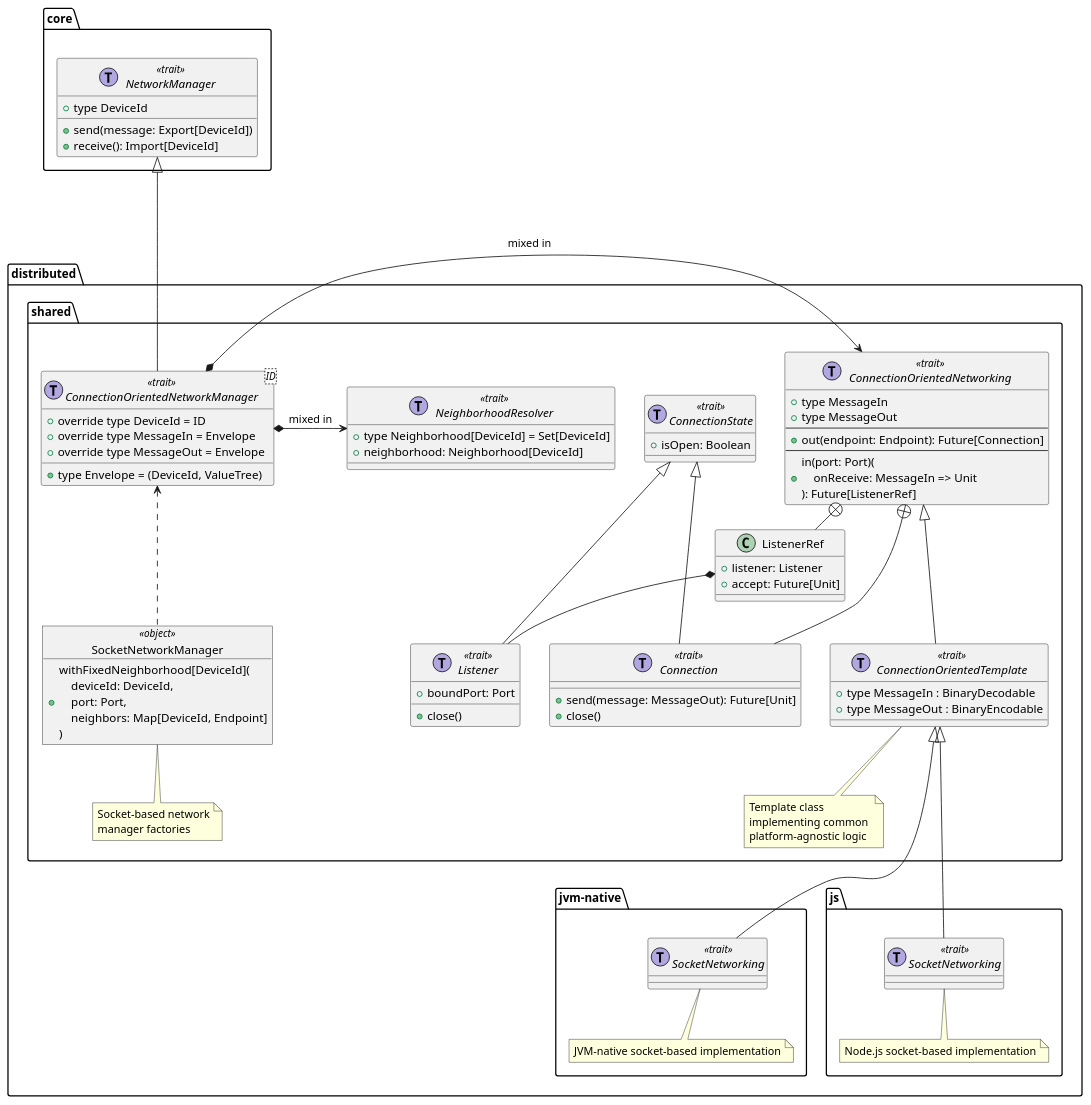
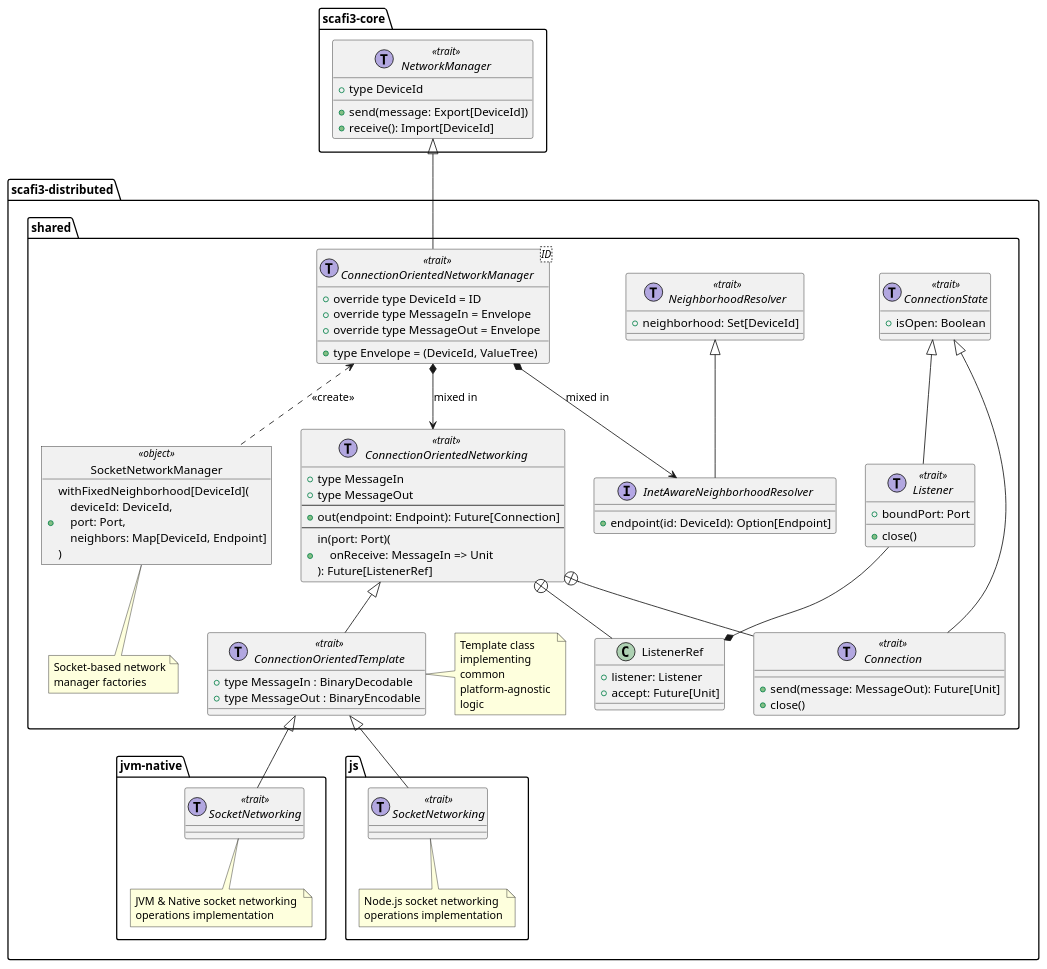
The diagram in resources/schemas/socket-distribution.puml (tassiluca/scafi3-mp-api-thesis), drawn with PlantUML before and after one commit. The commit also changed 8 other files, not shown here.

```diff
--- a/resources/schemas/socket-distribution.puml
+++ b/resources/schemas/socket-distribution.puml
@@ -1,112 +1,118 @@
 @startuml socket-distribution
 
 skinparam interface<<trait>> {
   BackgroundColor lightblue
   BorderColor blue
   StereotypeFontColor blue
 }
 
-package "core" {
+package "scafi3-core" as core {
     interface NetworkManager << (T,#b2a7e0) trait >> {
         + type DeviceId
         + send(message: Export[DeviceId])
         + receive(): Import[DeviceId]
     }
 }
 
-package "distributed" {
+package "scafi3-distributed" as distributed {
     package "shared" {
         ' object InetTypes << object >> {
         '     + type IPv4
         '     + type IPv6
         '     + type Address
         '     + type Port
         '     + type Hostname
         '     + type Endpoint
         ' }
 
         interface ConnectionOrientedNetworking << (T,#b2a7e0) trait >> {
             + type MessageIn
             + type MessageOut
             ---
             + out(endpoint: Endpoint): Future[Connection]
             ---
             + in(port: Port)(\n    onReceive: MessageIn => Unit\n): Future[ListenerRef]
         }
         ConnectionOrientedNetworking +-- Connection
-        ConnectionOrientedNetworking +-right-- ListenerRef
+        ConnectionOrientedNetworking +-- ListenerRef
 
         interface ConnectionState << (T,#b2a7e0) trait >> {
             + isOpen: Boolean
         }
 
         interface Connection << (T,#b2a7e0) trait >> extends ConnectionState {
             + send(message: MessageOut): Future[Unit]
             + close()
         }
 
         class ListenerRef {
             + listener: Listener
             + accept: Future[Unit]
         }
-        ListenerRef *- Listener
+        ListenerRef *-up- Listener
 
         interface Listener << (T,#b2a7e0) trait >> extends ConnectionState {
             + boundPort: Port
             + close()
         }
 
         interface ConnectionOrientedTemplate << (T,#b2a7e0) trait >> extends ConnectionOrientedNetworking {
             + type MessageIn : BinaryDecodable
             + type MessageOut : BinaryEncodable
         }
-        note bottom of ConnectionOrientedTemplate
+        note right of ConnectionOrientedTemplate
             Template class 
-            implementing common 
-            platform-agnostic logic
+            implementing 
+            common 
+            platform-agnostic 
+            logic
         end note
 
         interface NeighborhoodResolver << (T,#b2a7e0) trait >> {
-            + type Neighborhood[DeviceId] = Set[DeviceId]
-            + neighborhood: Neighborhood[DeviceId]
+            + neighborhood: Set[DeviceId]
+        }
+        interface InetAwareNeighborhoodResolver extends NeighborhoodResolver {
+            + endpoint(id: DeviceId): Option[Endpoint]
         }
 
         interface ConnectionOrientedNetworkManager<ID> << (T,#b2a7e0) trait >> {
             + override type DeviceId = ID
             + type Envelope = (DeviceId, ValueTree)
             + override type MessageIn = Envelope
             + override type MessageOut = Envelope
         }
-        ConnectionOrientedNetworkManager *-right-> ConnectionOrientedNetworking : mixed in
-        ConnectionOrientedNetworkManager *-left-> NeighborhoodResolver : mixed in
-        core.NetworkManager <|--- ConnectionOrientedNetworkManager
+        ConnectionOrientedNetworkManager *--> ConnectionOrientedNetworking : mixed in
+        ConnectionOrientedNetworkManager *--> InetAwareNeighborhoodResolver : mixed in
+        core.NetworkManager <|-- ConnectionOrientedNetworkManager
 
         object SocketNetworkManager <<object>> {
             + withFixedNeighborhood[DeviceId](\n    deviceId: DeviceId,\n    port: Port,\n    neighbors: Map[DeviceId, Endpoint]\n)
         }
         note bottom of SocketNetworkManager
             Socket-based network
             manager factories
         end note
-        SocketNetworkManager .up.> ConnectionOrientedNetworkManager
+        SocketNetworkManager .up.> ConnectionOrientedNetworkManager : <<create>>
     }
 
     package "jvm-native" {
         interface SocketNetworking << (T,#b2a7e0) trait >>
-        SocketNetworking --up-|> distributed.shared.ConnectionOrientedTemplate
+        SocketNetworking -up-|> distributed.shared.ConnectionOrientedTemplate
         note bottom of SocketNetworking
-            JVM-native socket-based implementation
+            JVM & Native socket networking 
+            operations implementation
         end note
     }
 
     package "js" {
         interface SocketNetworking << (T,#b2a7e0) trait >> 
-        SocketNetworking --up-|> distributed.shared.ConnectionOrientedTemplate
+        SocketNetworking -up-|> distributed.shared.ConnectionOrientedTemplate
         note bottom of SocketNetworking
-            Node.js socket-based implementation
+            Node.js socket networking 
+            operations implementation
         end note
     }
 
 }
 
 @enduml
```
